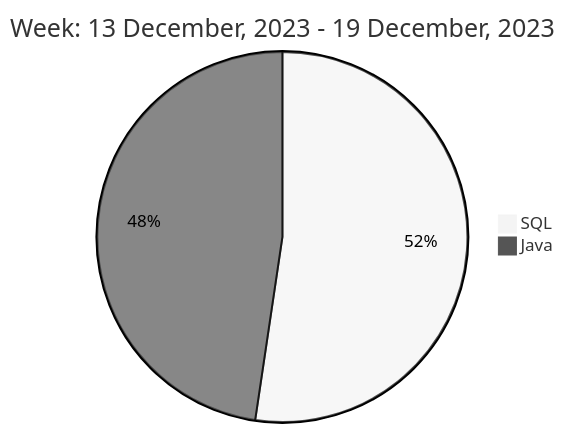
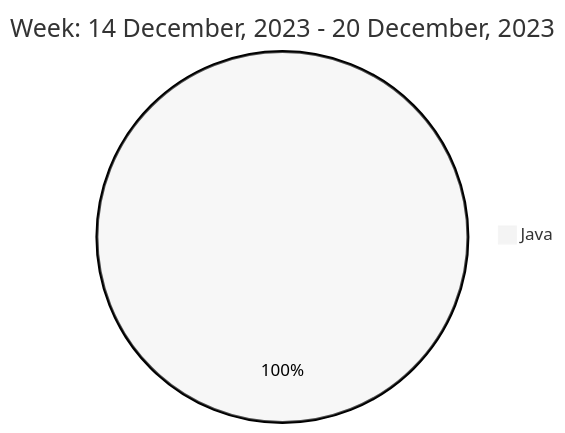
The diagram in README.md (liubin95/liubin95), drawn with Mermaid (neutral theme) before and after one commit.

Commit message:
Updated the Graph with new Metrics

````diff
--- a/README.md
+++ b/README.md
@@ -37,6 +37,5 @@
 ```mermaid
  pie
-title Week: 13 December, 2023 - 19 December, 2023
- "SQL" : 2.45
- "Java" : 2.23
+title Week: 14 December, 2023 - 20 December, 2023
+ "Java" : 1.55
 ```
````
